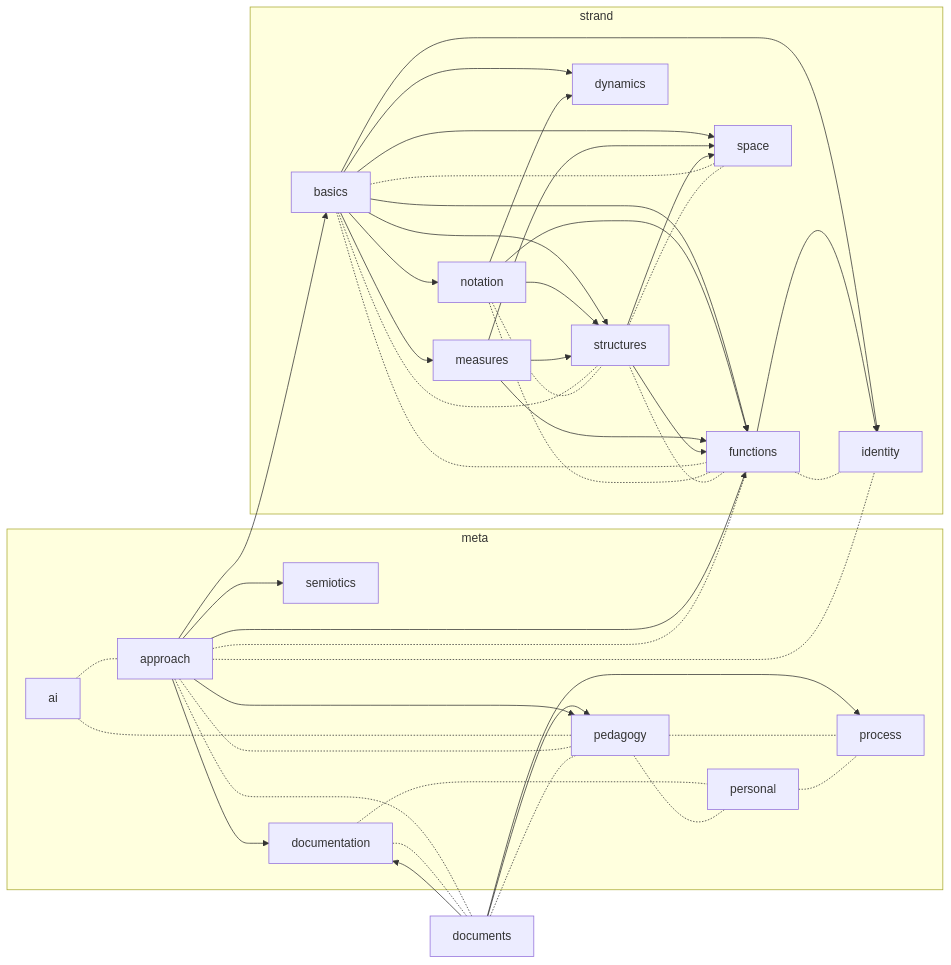
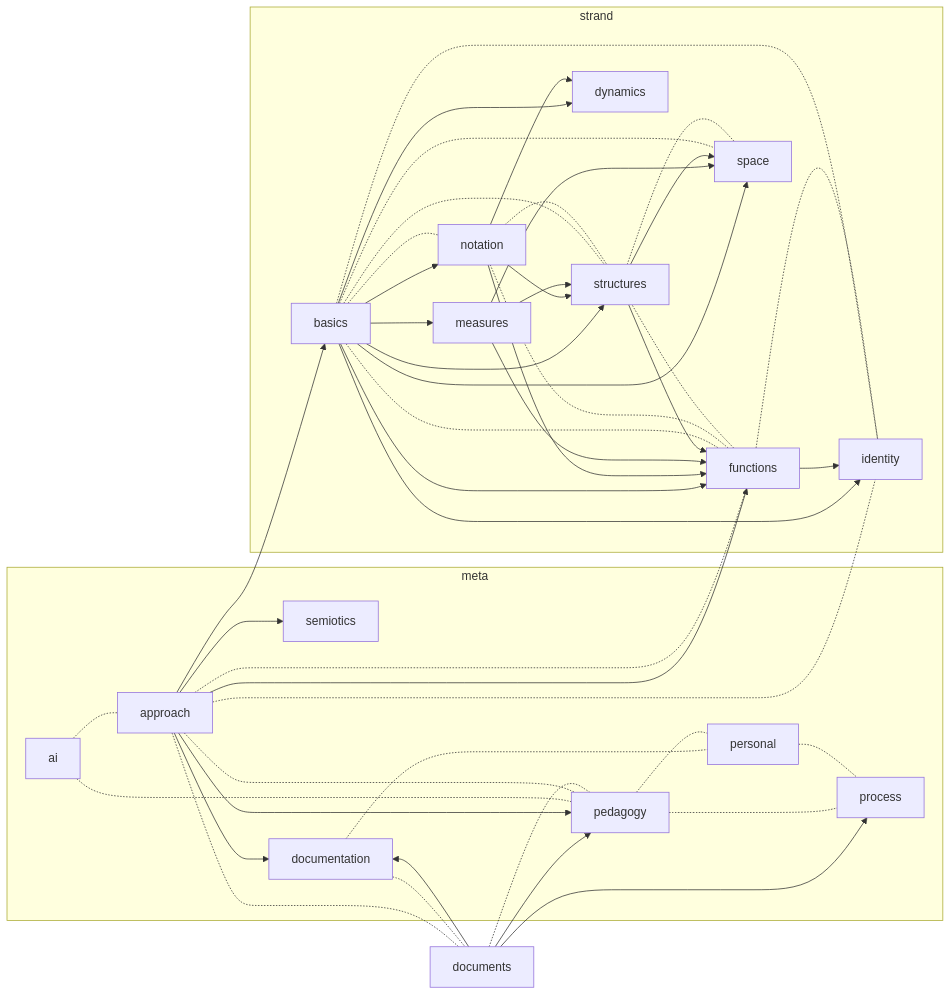
Before and after one commit to our-are-why/models: the diagram in documentation/documents.md, drawn with Mermaid. The commit also changed 14 other files, not shown here.

````diff
--- a/documentation/documents.md
+++ b/documentation/documents.md
@@ -54,67 +54,69 @@
 ```mermaid
 flowchart LR
   subgraph meta
     personal
     approach
     semiotics
     pedagogy
     documentation
     ai
     process
   end
   subgraph strand
     basics
     notation
     measures
     structures
     functions
     dynamics
     identity
     space
   end
   documents
   approach --> semiotics
   approach --> documentation
   documents --> documentation
   documents --> process
   documents --> pedagogy
   approach --> pedagogy
   approach --> basics
   basics --> notation
   basics --> measures
   basics --> structures
   notation --> structures
   measures --> structures
   basics --> functions
   notation --> functions
   measures --> functions
   structures --> functions
   approach --> functions
   basics --> dynamics
   notation --> dynamics
   basics --> identity
   functions --> identity
   basics --> space
   measures --> space
   structures --> space
   ai -.- approach
   ai -.- pedagogy
   approach -.- documents
   approach -.- functions
   approach -.- identity
   approach -.- pedagogy
   basics -.- functions
+  basics -.- identity
+  basics -.- notation
   basics -.- space
   basics -.- structures
   documentation -.- documents
   documentation -.- personal
   documents -.- pedagogy
   functions -.- identity
   functions -.- notation
   functions -.- structures
   notation -.- structures
   pedagogy -.- personal
   pedagogy -.- process
   personal -.- process
   space -.- structures
 ```
````
